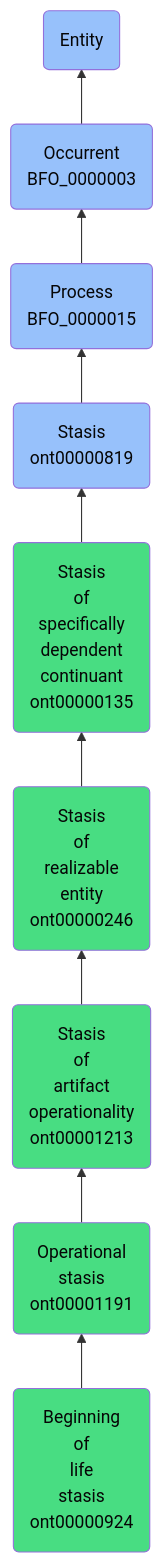
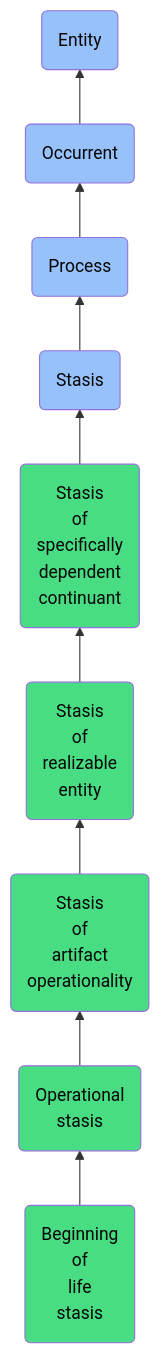
Before and after one commit to jupyter-naas/abi: the diagram in docs/ontology/reference/model/Entity/Occurrent/Process/Stasis/Stasis of specifically dependent continuant/Stasis of realizable entity/Stasis of artifact operationality/Operational stasis/Beginning of life stasis/Beginning of life stasis.md, drawn with Mermaid. The commit also changed other lines of this file and 1430 other files, not shown here.

````diff
--- a/docs/ontology/reference/model/Entity/Occurrent/Process/Stasis/Stasis of specifically dependent continuant/Stasis of realizable entity/Stasis of artifact operationality/Operational stasis/Beginning of life stasis/Beginning of life stasis.md
+++ b/docs/ontology/reference/model/Entity/Occurrent/Process/Stasis/Stasis of specifically dependent continuant/Stasis of realizable entity/Stasis of artifact operationality/Operational stasis/Beginning of life stasis/Beginning of life stasis.md
@@ -24,16 +24,16 @@
 ```mermaid
 graph BT
-    ont00000924(Beginning<br>of<br>life<br>stasis<br>ont00000924):::ABI-->ont00001191
-    ont00001191(Operational<br>stasis<br>ont00001191):::ABI-->ont00001213
-    ont00001213(Stasis<br>of<br>artifact<br>operationality<br>ont00001213):::ABI-->ont00000246
-    ont00000246(Stasis<br>of<br>realizable<br>entity<br>ont00000246):::ABI-->ont00000135
-    ont00000135(Stasis<br>of<br>specifically<br>dependent<br>continuant<br>ont00000135):::ABI-->ont00000819
-    ont00000819(Stasis<br>ont00000819):::BFO-->BFO_0000015
-    BFO_0000015(Process<br>BFO_0000015):::BFO-->BFO_0000003
-    BFO_0000003(Occurrent<br>BFO_0000003):::BFO-->BFO_0000001
+    ont00000924(Beginning<br>of<br>life<br>stasis):::ABI-->ont00001191
+    ont00001191(Operational<br>stasis):::ABI-->ont00001213
+    ont00001213(Stasis<br>of<br>artifact<br>operationality):::ABI-->ont00000246
+    ont00000246(Stasis<br>of<br>realizable<br>entity):::ABI-->ont00000135
+    ont00000135(Stasis<br>of<br>specifically<br>dependent<br>continuant):::ABI-->ont00000819
+    ont00000819(Stasis):::BFO-->BFO_0000015
+    BFO_0000015(Process):::BFO-->BFO_0000003
+    BFO_0000003(Occurrent):::BFO-->BFO_0000001
     BFO_0000001(Entity):::BFO
     
     classDef BFO fill:#97c1fb,color:#060606
     classDef CCO fill:#e4c51e,color:#060606
     classDef ABI fill:#48DD82,color:#060606
 ```
````
